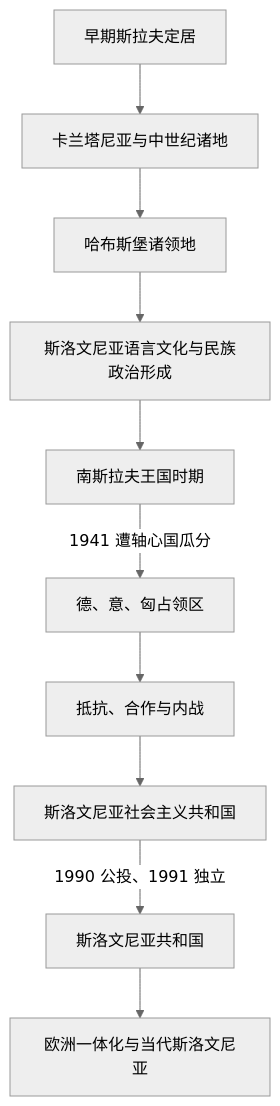
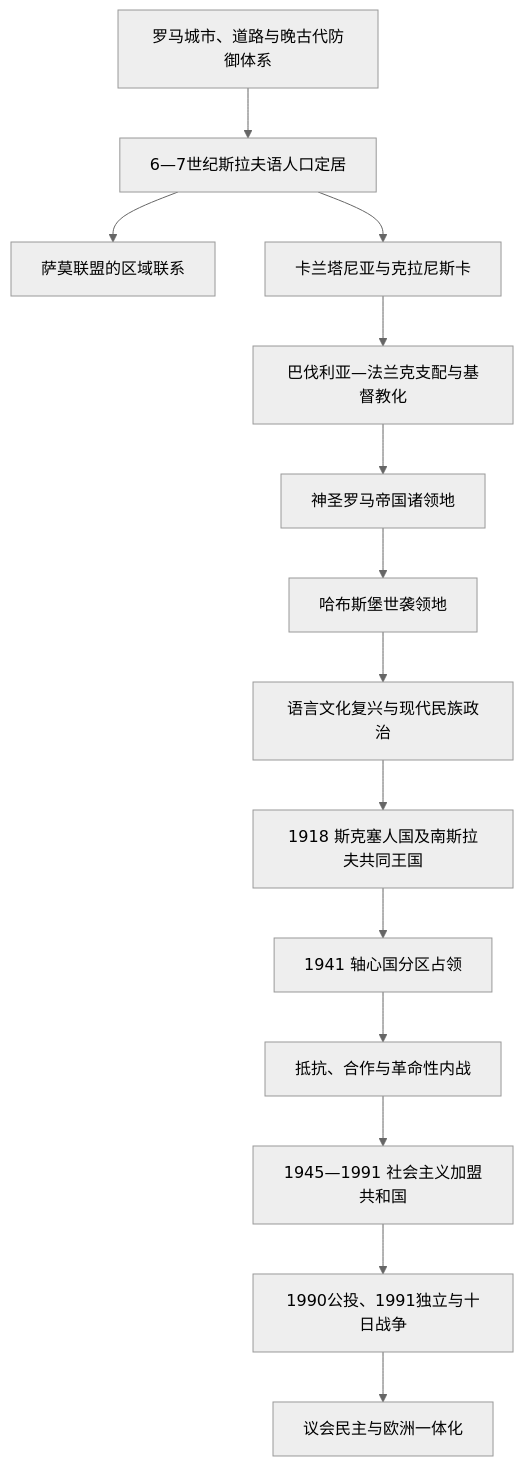
The diagram in 人文科学/历史/欧洲/东南欧与巴尔干/斯洛文尼亚/README.md (tianlan-dev/learning-notes), drawn with Mermaid (neutral theme) before and after one commit. The commit also changed other lines of this file and 1417 other files, not shown here.

````diff
--- a/人文科学/历史/欧洲/东南欧与巴尔干/斯洛文尼亚/README.md
+++ b/人文科学/历史/欧洲/东南欧与巴尔干/斯洛文尼亚/README.md
@@ -13,12 +19,16 @@
 ```mermaid
 flowchart TD
-    Settlement["早期斯拉夫定居"] --> Carantania["卡兰塔尼亚与中世纪诸地"]
-    Carantania --> Habsburg["哈布斯堡诸领地"]
-    Habsburg --> National["斯洛文尼亚语言文化与民族政治形成"]
-    National --> Kingdom["南斯拉夫王国时期"]
-    Kingdom -->|"1941 遭轴心国瓜分"| Occupation["德、意、匈占领区"]
-    Occupation --> Resistance["抵抗、合作与内战"]
-    Resistance --> Socialist["斯洛文尼亚社会主义共和国"]
-    Socialist -->|"1990 公投、1991 独立"| Republic["斯洛文尼亚共和国"]
-    Republic --> Contemporary["欧洲一体化与当代斯洛文尼亚"]
+    Roman["罗马城市、道路与晚古代防御体系"] --> Settlement["6—7世纪斯拉夫语人口定居"]
+    Settlement --> Samo["萨莫联盟的区域联系"]
+    Settlement --> Carantania["卡兰塔尼亚与克拉尼斯卡"]
+    Carantania --> Frankish["巴伐利亚—法兰克支配与基督教化"]
+    Frankish --> Lands["神圣罗马帝国诸领地"]
+    Lands --> Habsburg["哈布斯堡世袭领地"]
+    Habsburg --> Nation["语言文化复兴与现代民族政治"]
+    Nation --> SHS["1918 斯克塞人国及南斯拉夫共同王国"]
+    SHS --> Occupation["1941 轴心国分区占领"]
+    Occupation --> Liberation["抵抗、合作与革命性内战"]
+    Liberation --> Socialist["1945—1991 社会主义加盟共和国"]
+    Socialist --> Independence["1990公投、1991独立与十日战争"]
+    Independence --> Republic["议会民主与欧洲一体化"]
 ```
````
